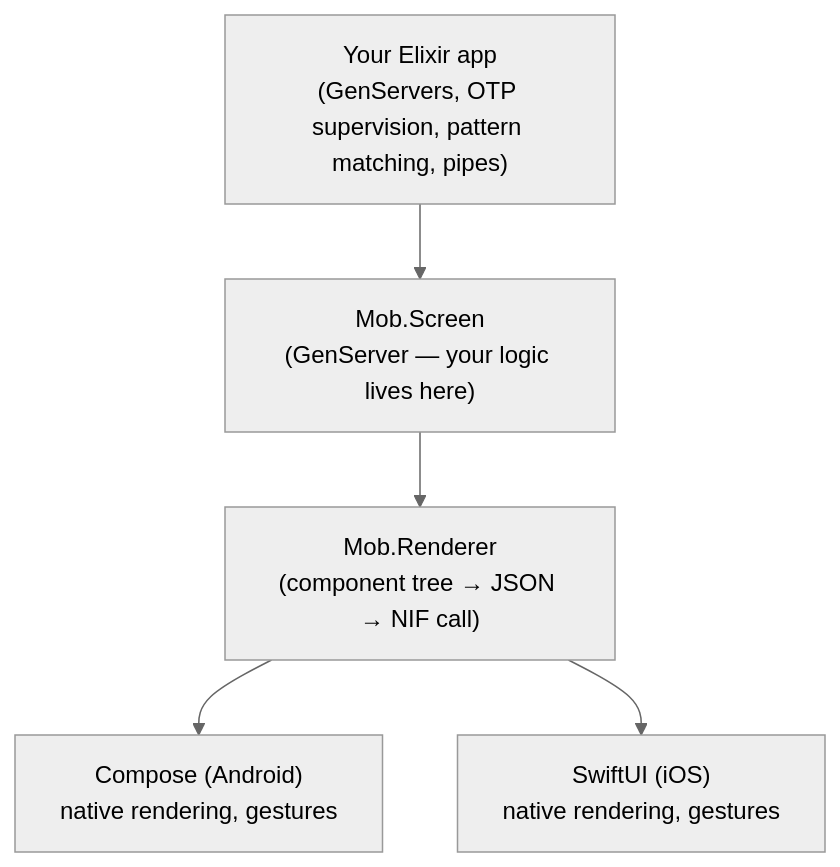
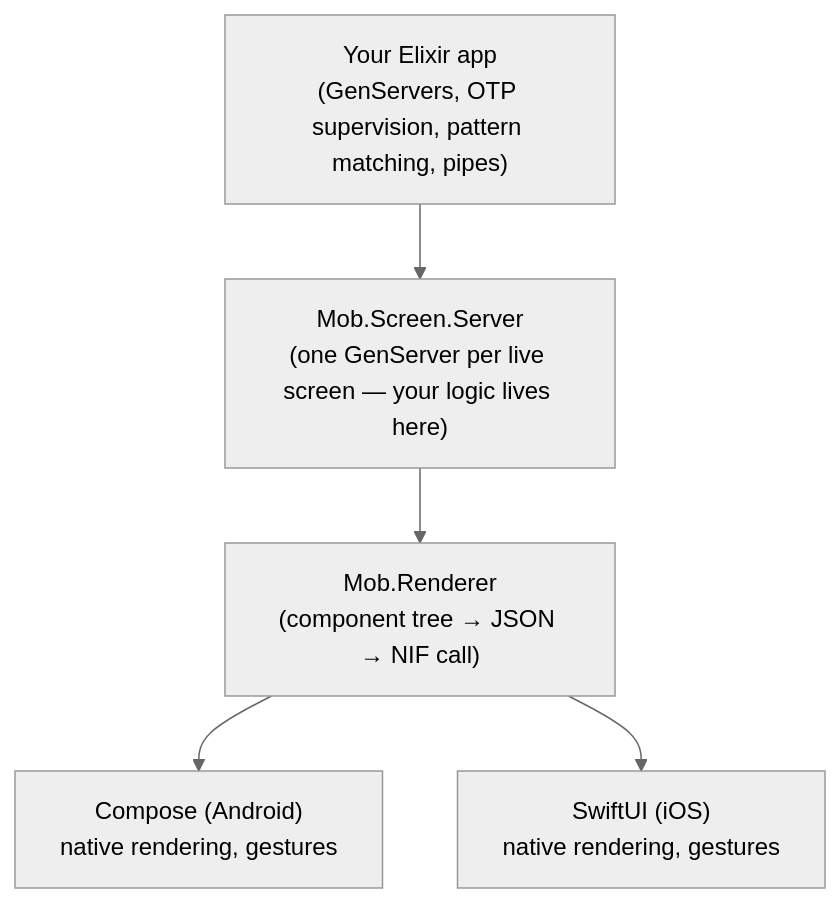
One commit to GenericJam/mob changed the diagram in README.md. Above: the diagram before and after it, drawn with Mermaid (neutral theme). The commit also changed other lines of this file and 12 other files, not shown here.

First line of the commit message:
docs: align guides with 0.7.33 screen-process architecture + recent feature coverage (#105)

````diff
--- a/README.md
+++ b/README.md
@@ -14,12 +14,12 @@
 ```mermaid
 flowchart TD
     A["Your Elixir app<br/>(GenServers, OTP supervision, pattern matching, pipes)"]
-    B["Mob.Screen<br/>(GenServer — your logic lives here)"]
+    B["Mob.Screen.Server<br/>(one GenServer per live screen — your logic lives here)"]
     C["Mob.Renderer<br/>(component tree → JSON → NIF call)"]
     D1["Compose (Android)<br/>native rendering, gestures"]
     D2["SwiftUI (iOS)<br/>native rendering, gestures"]
 
     A --> B --> C
     C --> D1
     C --> D2
 ```
````
